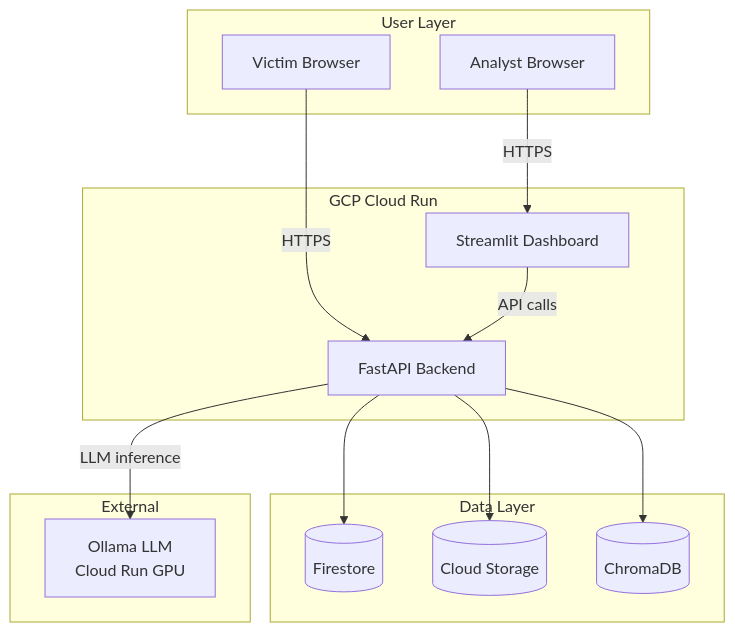
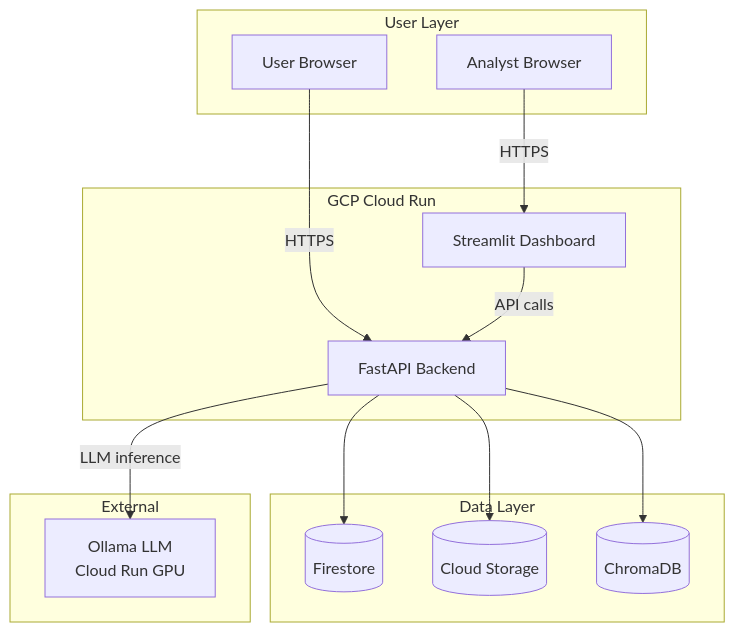
The second of 2 diagrams in docs/prd_production.md (jsoung/i4g), drawn with Mermaid before and after one commit. The commit also changed other lines of this file and 16 other files, not shown here.

````diff
--- a/docs/prd_production.md
+++ b/docs/prd_production.md
@@ -591,30 +591,30 @@
 ```mermaid
 graph TB
     subgraph "User Layer"
-        victim[Victim Browser]
+        user[User Browser]
         analyst[Analyst Browser]
     end
 
     subgraph "GCP Cloud Run"
         api[FastAPI Backend]
         dashboard[Streamlit Dashboard]
     end
 
     subgraph "Data Layer"
         firestore[(Firestore)]
         gcs[(Cloud Storage)]
         chroma[(ChromaDB)]
     end
 
     subgraph "External"
         ollama[Ollama LLM<br/>Cloud Run GPU]
     end
 
-    victim -->|HTTPS| api
+    user -->|HTTPS| api
     analyst -->|HTTPS| dashboard
     dashboard -->|API calls| api
     api --> firestore
     api --> gcs
     api --> chroma
     api -->|LLM inference| ollama
 ```
````
